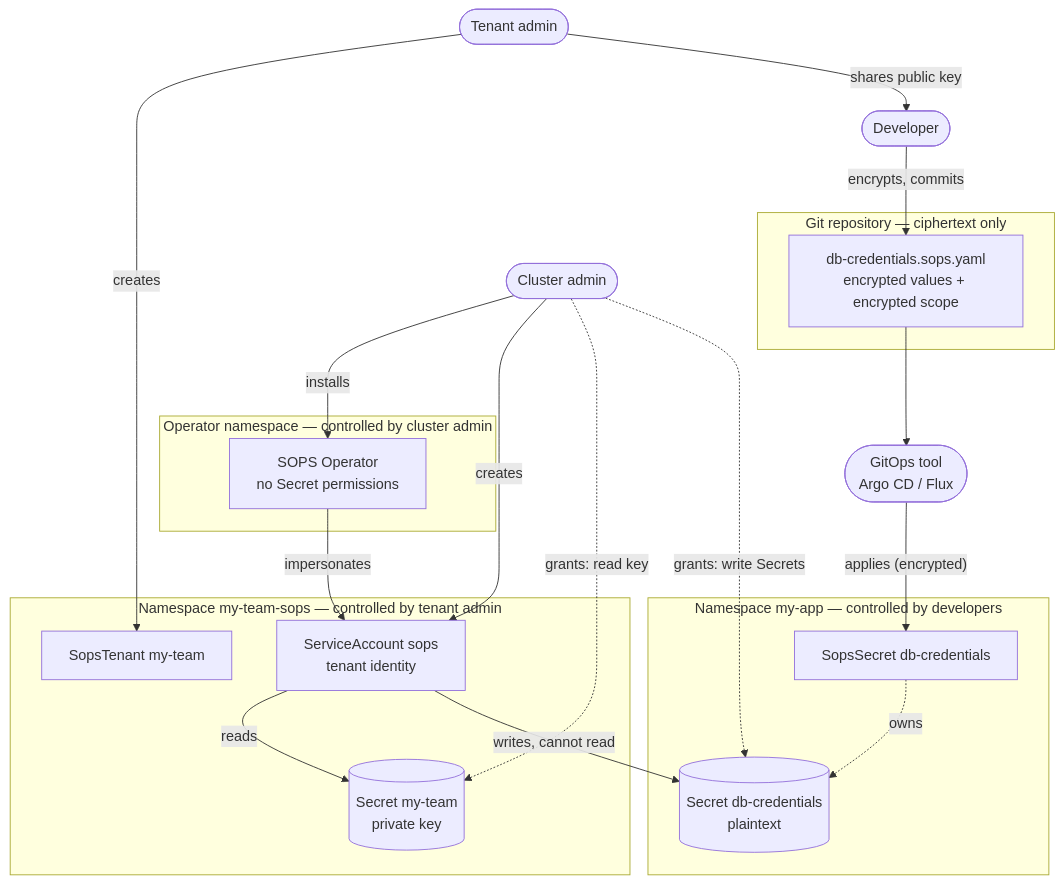
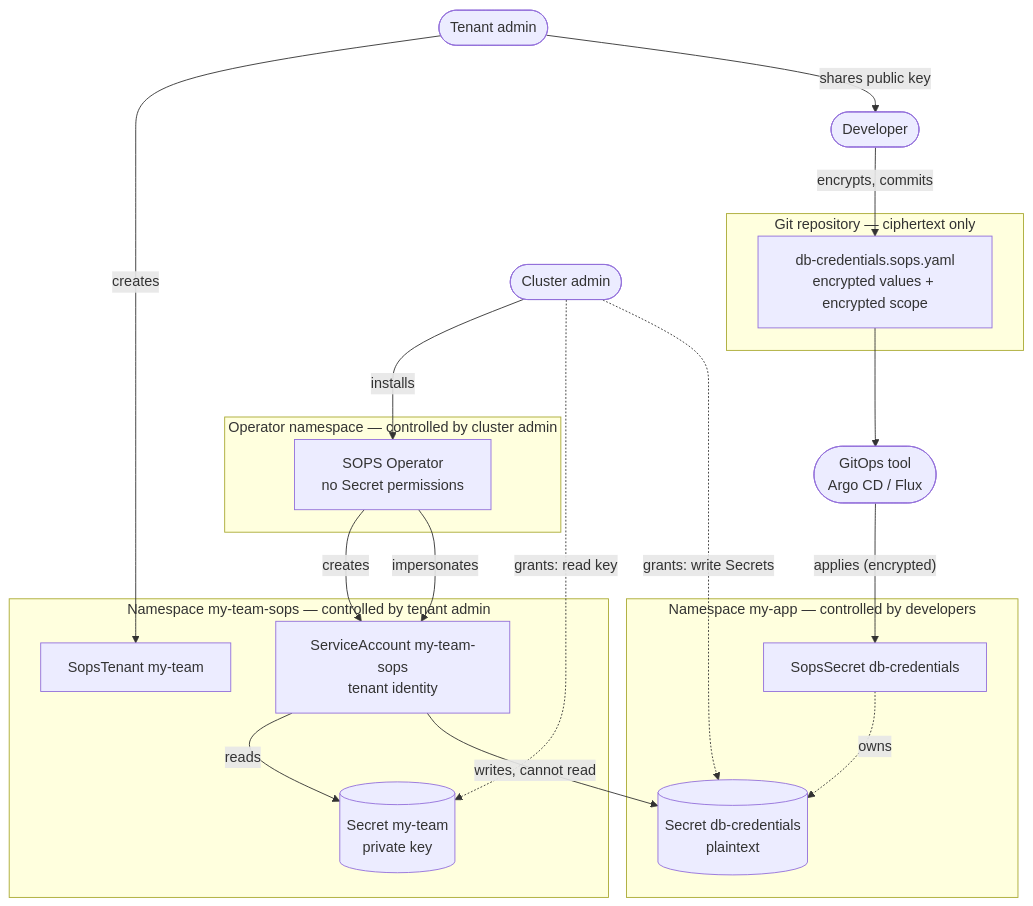
The diagram in README.md (stakater/sops-operator), drawn with Mermaid before and after one commit. The commit also changed other lines of this file and 24 other files, not shown here.

First line of the commit message:
Per-tenant ServiceAccounts created by the operator; onboarding is RoleBindings only (#5)

````diff
--- a/README.md
+++ b/README.md
@@ -111,41 +111,41 @@
 ```mermaid
 flowchart TB
     CA(["Cluster admin"])
     TA(["Tenant admin"])
     DEV(["Developer"])
 
     subgraph GIT["Git repository — ciphertext only"]
         FILE["db-credentials.sops.yaml<br/>encrypted values + encrypted scope"]
     end
 
     GITOPS(["GitOps tool<br/>Argo CD / Flux"])
 
     subgraph OPNS["Operator namespace — controlled by cluster admin"]
         OP["SOPS Operator<br/>no Secret permissions"]
     end
 
     subgraph TNS["Namespace my-team-sops — controlled by tenant admin"]
         TEN["SopsTenant my-team"]
         KEY[("Secret my-team<br/>private key")]
-        SA["ServiceAccount sops<br/>tenant identity"]
+        SA["ServiceAccount my-team-sops<br/>tenant identity"]
     end
 
     subgraph APP["Namespace my-app — controlled by developers"]
         SS["SopsSecret db-credentials"]
         OUT[("Secret db-credentials<br/>plaintext")]
     end
 
     CA -->|installs| OP
-    CA -->|creates| SA
+    OP -->|creates| SA
     CA -.->|"grants: read key"| KEY
     CA -.->|"grants: write Secrets"| OUT
     TA -->|creates| TEN
     TA -->|"shares public key"| DEV
     DEV -->|"encrypts, commits"| FILE
     FILE --> GITOPS
     GITOPS -->|"applies (encrypted)"| SS
     OP -->|impersonates| SA
     SA -->|reads| KEY
     SA -->|"writes, cannot read"| OUT
     SS -.->|owns| OUT
 ```
````
